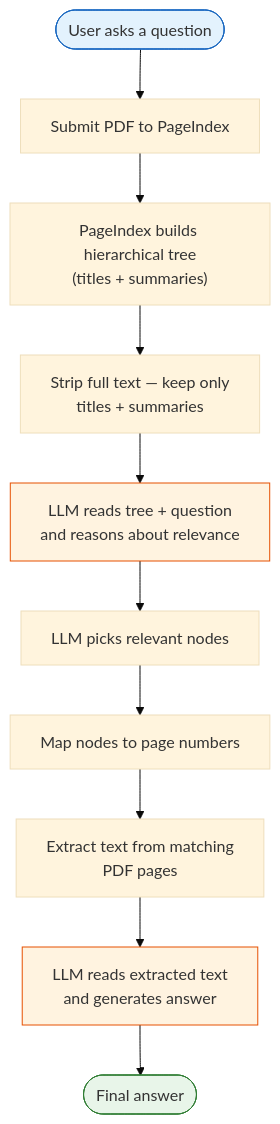
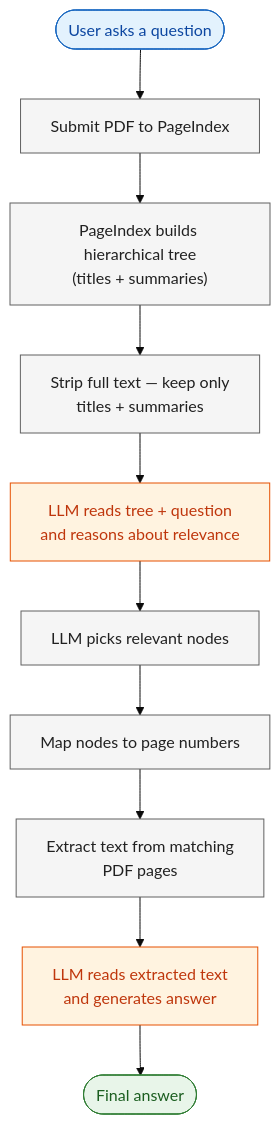
The diagram in lab1/lab1_vectorless_rag.md (AyushSinghRana15/Vectorless-RAG), drawn with Mermaid (base theme) before and after one commit. The commit also changed 1 other file, not shown here.

Commit message:
Add explicit text colors to all Mermaid diagram nodes for visibility

````diff
--- a/lab1/lab1_vectorless_rag.md
+++ b/lab1/lab1_vectorless_rag.md
@@ -44,17 +44,23 @@
 ```mermaid
 flowchart TD
     A(["User asks a question"]) --> B["Submit PDF to PageIndex"]
     B --> C["PageIndex builds hierarchical tree\n(titles + summaries)"]
     C --> D["Strip full text — keep only\ntitles + summaries"]
     D --> E["LLM reads tree + question\nand reasons about relevance"]
     E --> F["LLM picks relevant nodes"]
     F --> G["Map nodes to page numbers"]
     G --> H["Extract text from matching\nPDF pages"]
     H --> I["LLM reads extracted text\nand generates answer"]
     I --> J(["Final answer"])
 
-    style A fill:#e3f2fd,stroke:#1565c0
-    style J fill:#e8f5e9,stroke:#2e7d32
-    style E fill:#fff3e0,stroke:#e65100
-    style I fill:#fff3e0,stroke:#e65100
+    style A fill:#e3f2fd,stroke:#1565c0,color:#0d47a1
+    style B fill:#f5f5f5,stroke:#616161,color:#212121
+    style C fill:#f5f5f5,stroke:#616161,color:#212121
+    style D fill:#f5f5f5,stroke:#616161,color:#212121
+    style E fill:#fff3e0,stroke:#e65100,color:#bf360c
+    style F fill:#f5f5f5,stroke:#616161,color:#212121
+    style G fill:#f5f5f5,stroke:#616161,color:#212121
+    style H fill:#f5f5f5,stroke:#616161,color:#212121
+    style I fill:#fff3e0,stroke:#e65100,color:#bf360c
+    style J fill:#e8f5e9,stroke:#2e7d32,color:#1b5e20
 ```
````
